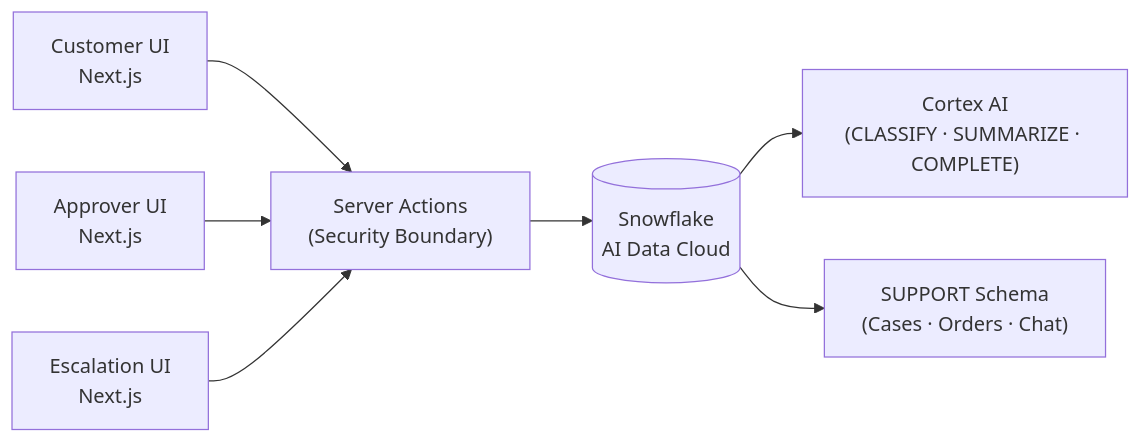
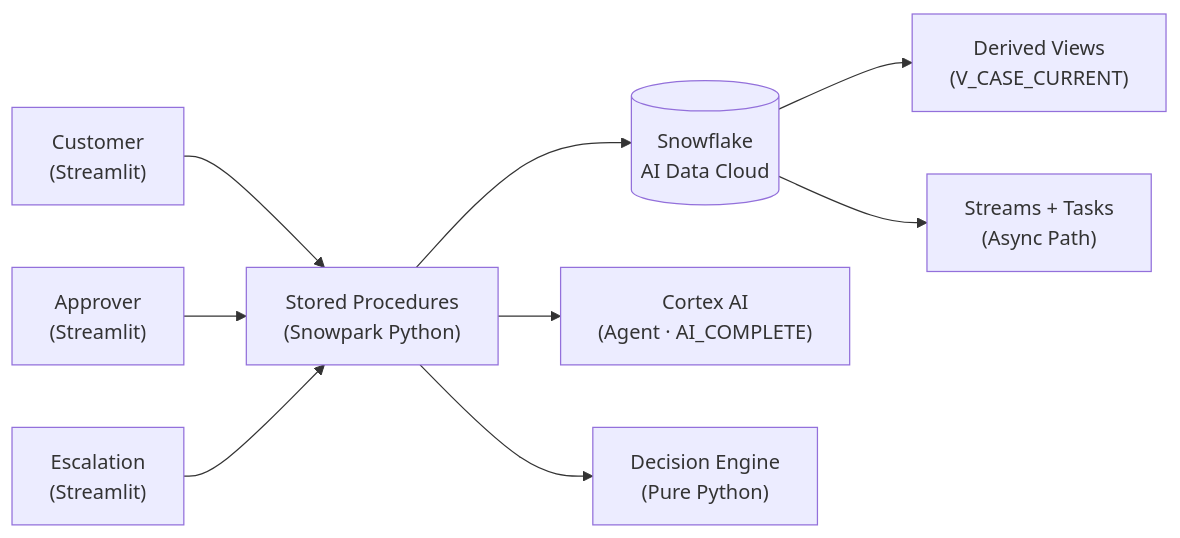
The first of 2 diagrams in README.md (Pan-Sa-Manila/TIDE-Snowflake), drawn with Mermaid before and after one commit. The commit also changed other lines of this file and 7 other files, not shown here.

First line of the commit message:
docs(arch): pivot to Snowflake-native architecture (Streamlit, Snowpark, Cortex AI)

````diff
--- a/README.md
+++ b/README.md
@@ -86,11 +79,13 @@
 ```mermaid
 flowchart LR
-    Customer["Customer UI<br/>Next.js"] --> SA["Server Actions<br/>(Security Boundary)"]
-    Approver["Approver UI<br/>Next.js"] --> SA
-    Escalation["Escalation UI<br/>Next.js"] --> SA
+    Customer["Customer\n(Streamlit)"] --> Procs["Stored Procedures\n(Snowpark Python)"]
+    Approver["Approver\n(Streamlit)"] --> Procs
+    Escalation["Escalation\n(Streamlit)"] --> Procs
 
-    SA --> SF[("Snowflake<br/>AI Data Cloud")]
+    Procs --> DB[("Snowflake\nAI Data Cloud")]
+    Procs --> Cortex["Cortex AI\n(Agent · AI_COMPLETE)"]
+    Procs --> Engine["Decision Engine\n(Pure Python)"]
 
-    SF --> Cortex["Cortex AI<br/>(CLASSIFY · SUMMARIZE · COMPLETE)"]
-    SF --> Tables["SUPPORT Schema<br/>(Cases · Orders · Chat)"]
+    DB --> Views["Derived Views\n(V_CASE_CURRENT)"]
+    DB --> Streams["Streams + Tasks\n(Async Path)"]
 ```
````
